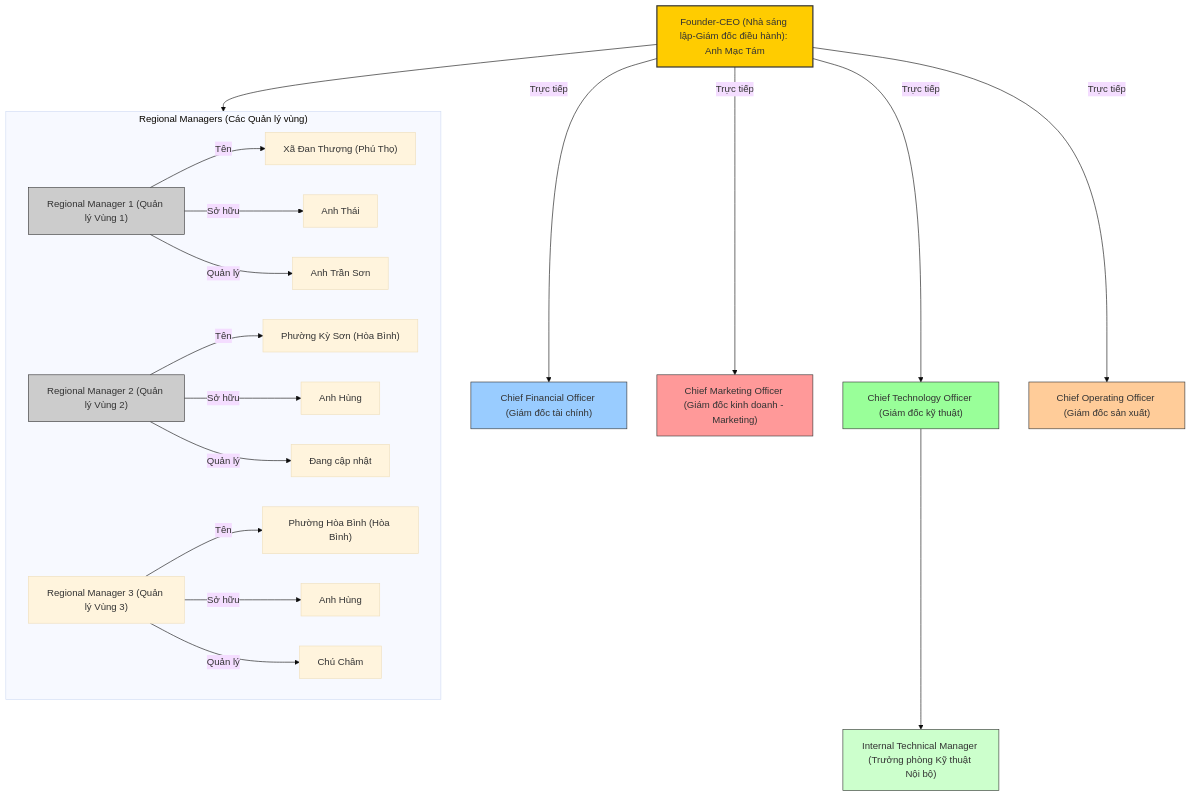
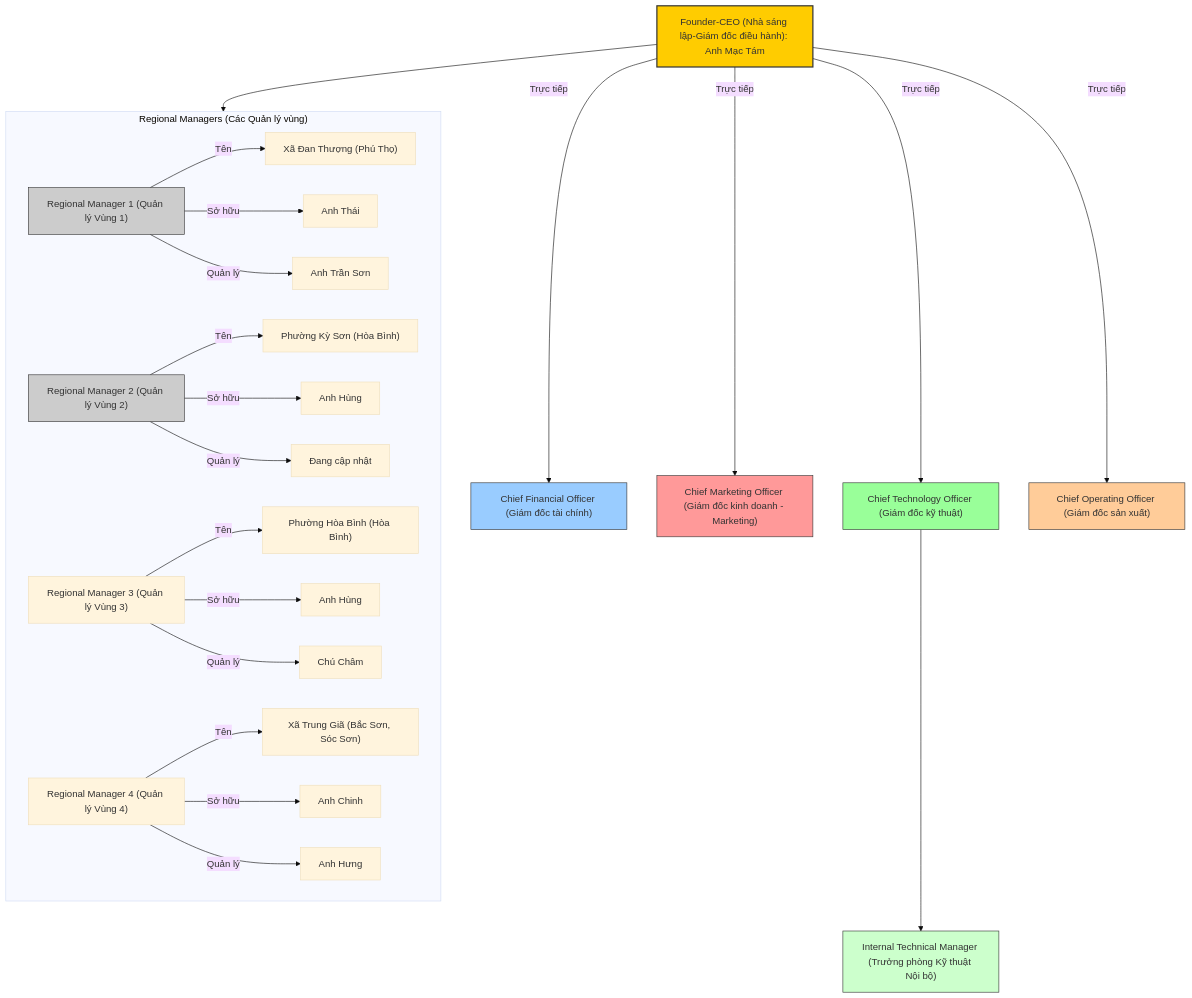
One commit to trethanhphat/gioi-thieu changed the diagram in organizational-chart.md. Above: the diagram before and after it, drawn with Mermaid (base theme).

````diff
--- a/organizational-chart.md
+++ b/organizational-chart.md
@@ -3,42 +3,47 @@
 ```mermaid
 flowchart TD
 CEO["Founder-CEO (Nhà sáng lập-Giám đốc điều hành): Anh Mạc Tám"]
     CEO --> |"Trực tiếp"| CFO["Chief Financial Officer (Giám đốc tài chính)"]
     CEO --> |"Trực tiếp"| CMO["Chief Marketing Officer (Giám đốc kinh doanh - Marketing)"]
     CEO --> |"Trực tiếp"| CTO["Chief Technology Officer (Giám đốc kỹ thuật)"]
     CEO --> |"Trực tiếp"| COO["Chief Operating Officer (Giám đốc sản xuất)"]
     %% Gom nhóm quản lý vùng
     subgraph REG["Regional Managers (Các Quản lý vùng)"]
         direction LR
         RM1["Regional Manager 1 (Quản lý Vùng 1)"]
         RM1 --> |"Tên"| RM1-NAME["Xã Đan Thượng (Phú Thọ)"]
         RM1 --> |"Sở hữu"| RM1-OWNER["Anh Thái"]
         RM1 --> |"Quản lý"| RM1-MAN["Anh Trần Sơn"]
 
         RM2["Regional Manager 2 (Quản lý Vùng 2)"]
         RM2 --> |"Tên"| RM2-NAME["Phường Kỳ Sơn (Hòa Bình)"]
         RM2 --> |"Sở hữu"| RM2-OWNER["Anh Hùng"]
         RM2 --> |"Quản lý"| RM2-MAN["Đang cập nhật"]
 
         RM3["Regional Manager 3 (Quản lý Vùng 3)"]
         RM3 --> |"Tên"| RM3-NAME["Phường Hòa Bình (Hòa Bình)"]
         RM3 --> |"Sở hữu"| RM3-OWNER["Anh Hùng"]
         RM3 --> |"Quản lý"| RM3-MAN["Chú Châm"]
 
+        RM4["Regional Manager 4 (Quản lý Vùng 4)"]
+        RM4 --> |"Tên"| RM4-NAME["Xã Trung Giã (Bắc Sơn, Sóc Sơn)"]
+        RM4 --> |"Sở hữu"| RM4-OWNER["Anh Chinh"]
+        RM4 --> |"Quản lý"| RM4-MAN["Anh Hưng"]
+
     end
     CEO --> REG
 
     CTO --> ITM["Internal Technical Manager (Trưởng phòng Kỹ thuật Nội bộ)"]
 
 %% 🎨 Màu sắc
     style CEO fill:#ffcc00,stroke:#333,stroke-width:2px
     style CFO fill:#99ccff,stroke:#333,stroke-width:1px
     style CMO fill:#ff9999,stroke:#333,stroke-width:1px
     style CTO fill:#99ff99,stroke:#333,stroke-width:1px
     style COO fill:#ffcc99,stroke:#333,stroke-width:1px
     style RM1 fill:#cccccc,stroke:#333,stroke-width:1px
     style RM2 fill:#cccccc,stroke:#333,stroke-width:1px
     style ITM fill:#ccffcc,stroke:#333,stroke-width:1px
 
 
 ```
````
